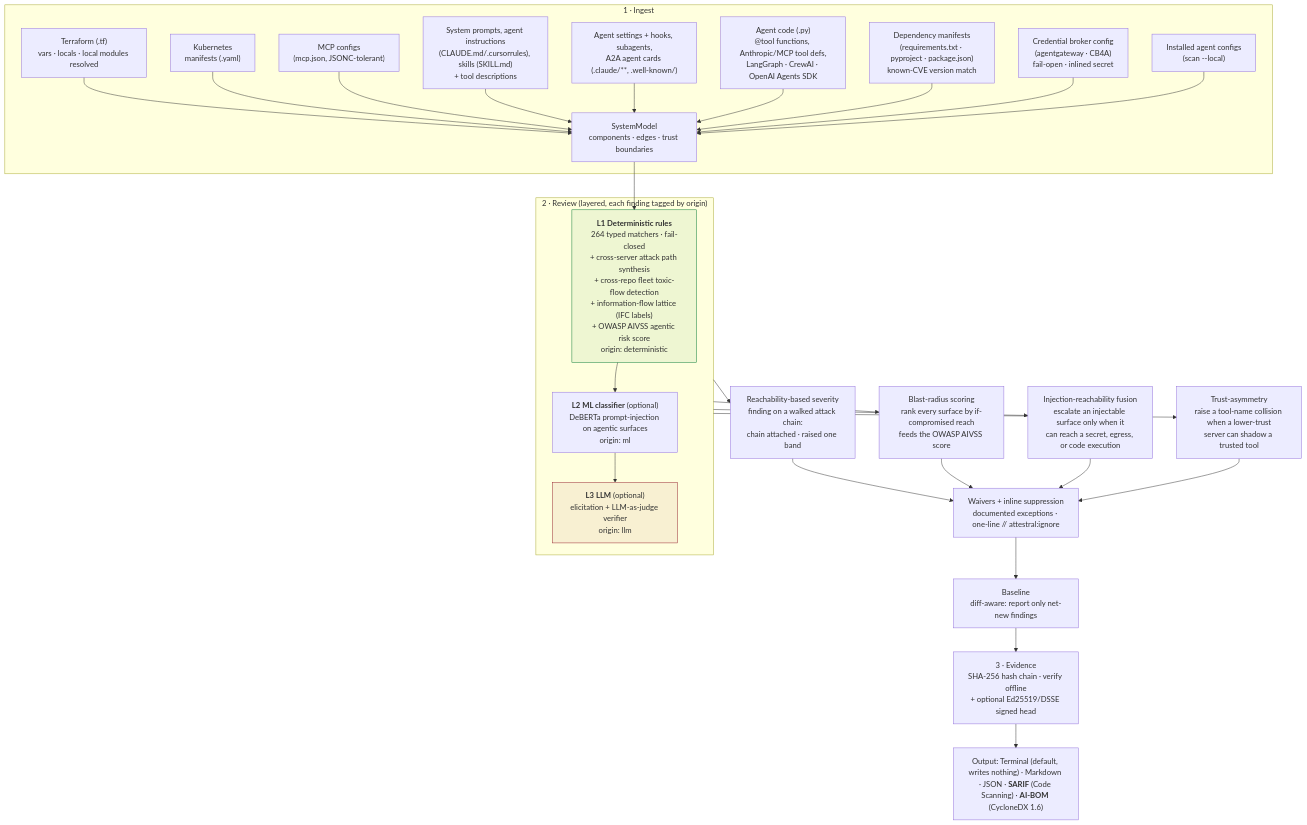
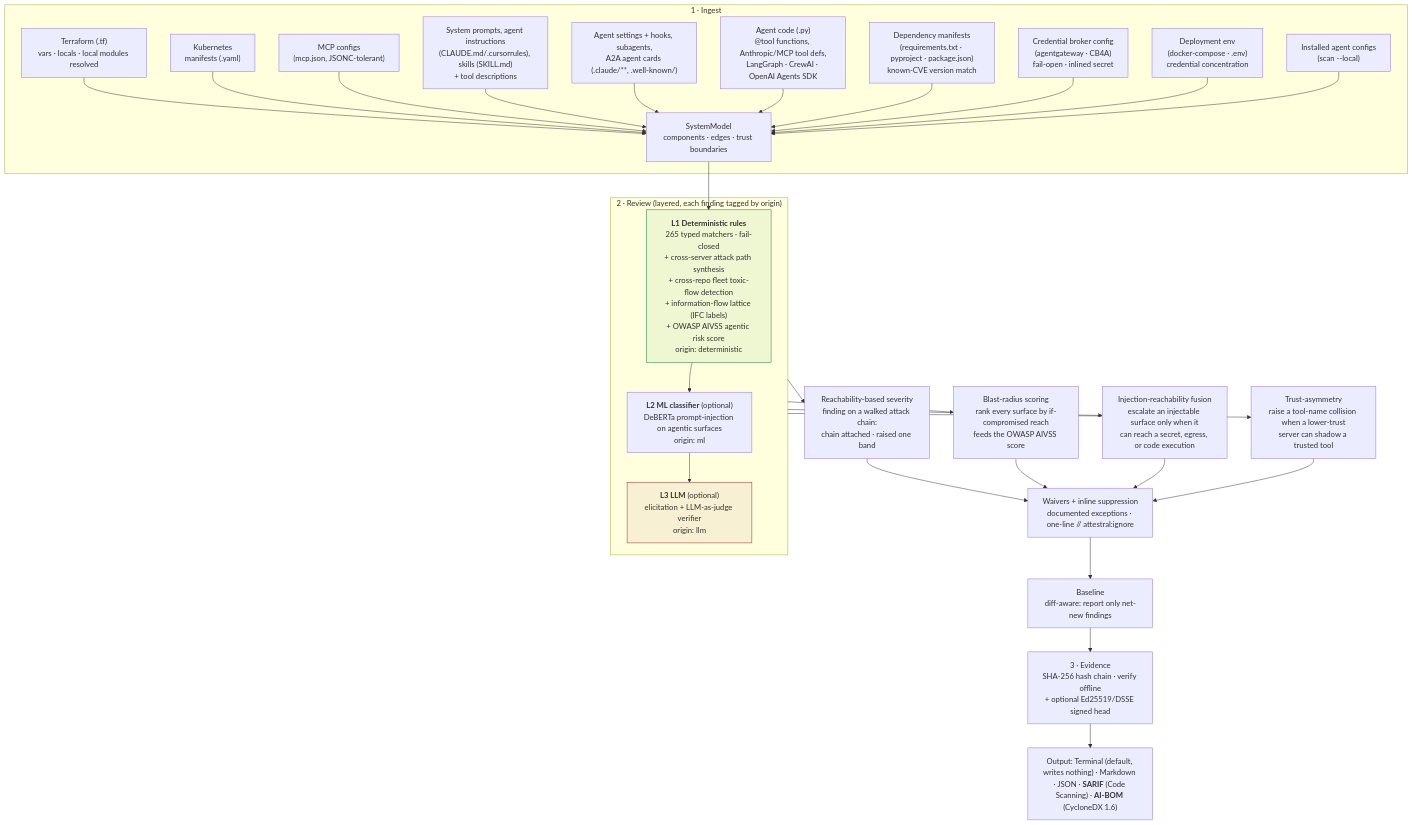
Before and after one commit to attestral-labs/attestral: the first of 4 diagrams in README.md, drawn with Mermaid. The commit also changed other lines of this file and 16 other files, not shown here.

First line of the commit message:
feat: ATL-168 credential concentration on the deployment surface (compose + .env)

````diff
--- a/README.md
+++ b/README.md
@@ -123,35 +123,36 @@
 ```mermaid
 flowchart TB
     subgraph ING["1 · Ingest"]
         TF["Terraform (.tf)<br/>vars · locals · local modules resolved"] --> M
         K8S["Kubernetes<br/>manifests (.yaml)"] --> M
         MCP["MCP configs<br/>(mcp.json, JSONC-tolerant)"] --> M
         SP["System prompts, agent instructions<br/>(CLAUDE.md/.cursorrules), skills (SKILL.md)<br/>+ tool descriptions"] --> M
         AC["Agent settings + hooks, subagents,<br/>A2A agent cards (.claude/**, .well-known/)"] --> M
         CODE["Agent code (.py)<br/>@tool functions, Anthropic/MCP tool defs,<br/>LangGraph · CrewAI · OpenAI Agents SDK"] --> M
         DEP["Dependency manifests<br/>(requirements.txt · pyproject · package.json)<br/>known-CVE version match"] --> M
         GW["Credential broker config<br/>(agentgateway · CB4A)<br/>fail-open · inlined secret"] --> M
+        DENV["Deployment env<br/>(docker-compose · .env)<br/>credential concentration"] --> M
         LC["Installed agent configs<br/>(scan --local)"] --> M
         M["SystemModel<br/>components · edges · trust boundaries"]
     end
     M --> L1
     subgraph REV["2 · Review (layered, each finding tagged by origin)"]
-        L1["<b>L1 Deterministic rules</b><br/>264 typed matchers · fail-closed<br/>+ cross-server attack path synthesis<br/>+ cross-repo fleet toxic-flow detection<br/>+ information-flow lattice (IFC labels)<br/>+ OWASP AIVSS agentic risk score<br/>origin: deterministic"]
+        L1["<b>L1 Deterministic rules</b><br/>265 typed matchers · fail-closed<br/>+ cross-server attack path synthesis<br/>+ cross-repo fleet toxic-flow detection<br/>+ information-flow lattice (IFC labels)<br/>+ OWASP AIVSS agentic risk score<br/>origin: deterministic"]
         L2["<b>L2 ML classifier</b> (optional)<br/>DeBERTa prompt-injection on agentic surfaces<br/>origin: ml"]
         L3["<b>L3 LLM</b> (optional)<br/>elicitation + LLM-as-judge verifier<br/>origin: llm"]
         L1 --> L2 --> L3
     end
     REV --> RS["Reachability-based severity<br/>finding on a walked attack chain:<br/>chain attached · raised one band"]
     REV --> BR["Blast-radius scoring<br/>rank every surface by if-compromised reach<br/>feeds the OWASP AIVSS score"]
     REV --> IR["Injection-reachability fusion<br/>escalate an injectable surface only when it<br/>can reach a secret, egress, or code execution"]
     REV --> TA["Trust-asymmetry<br/>raise a tool-name collision when a lower-trust<br/>server can shadow a trusted tool"]
     RS --> W["Waivers + inline suppression<br/>documented exceptions · one-line // attestral:ignore"]
     BR --> W
     IR --> W
     TA --> W
     W --> BL["Baseline<br/>diff-aware: report only net-new findings"]
     BL --> EV["3 · Evidence<br/>SHA-256 hash chain · verify offline<br/>+ optional Ed25519/DSSE signed head"]
     EV --> OUT["Output: Terminal (default, writes nothing) · Markdown · JSON · <b>SARIF</b> (Code Scanning) · <b>AI-BOM</b> (CycloneDX 1.6)"]
     style L1 fill:#0a7d3611,stroke:#0a7d36
     style L3 fill:#96222E11,stroke:#96222E
 ```
````
